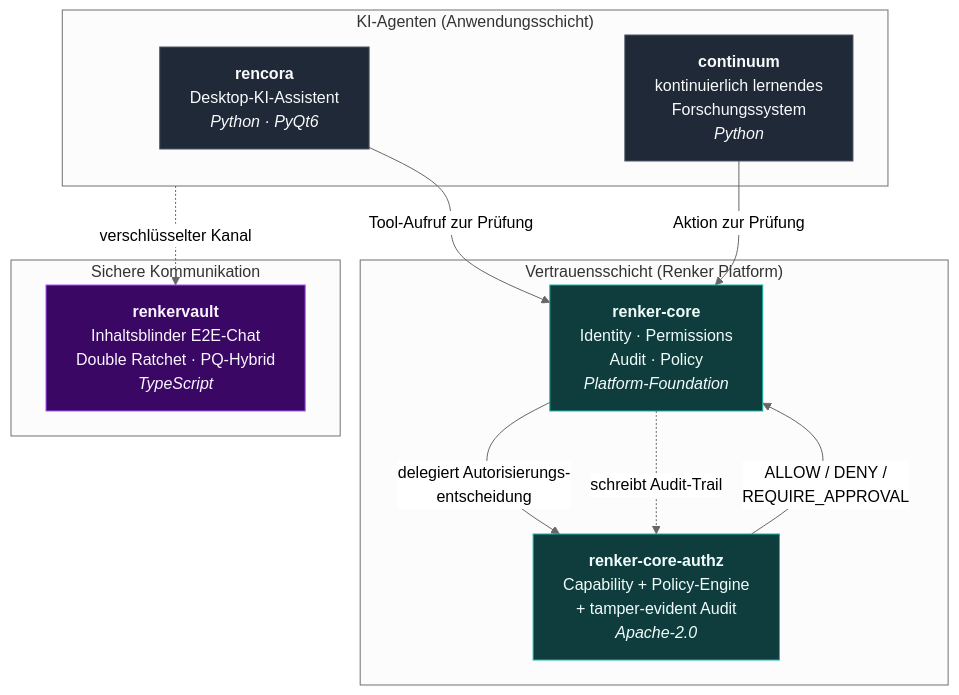
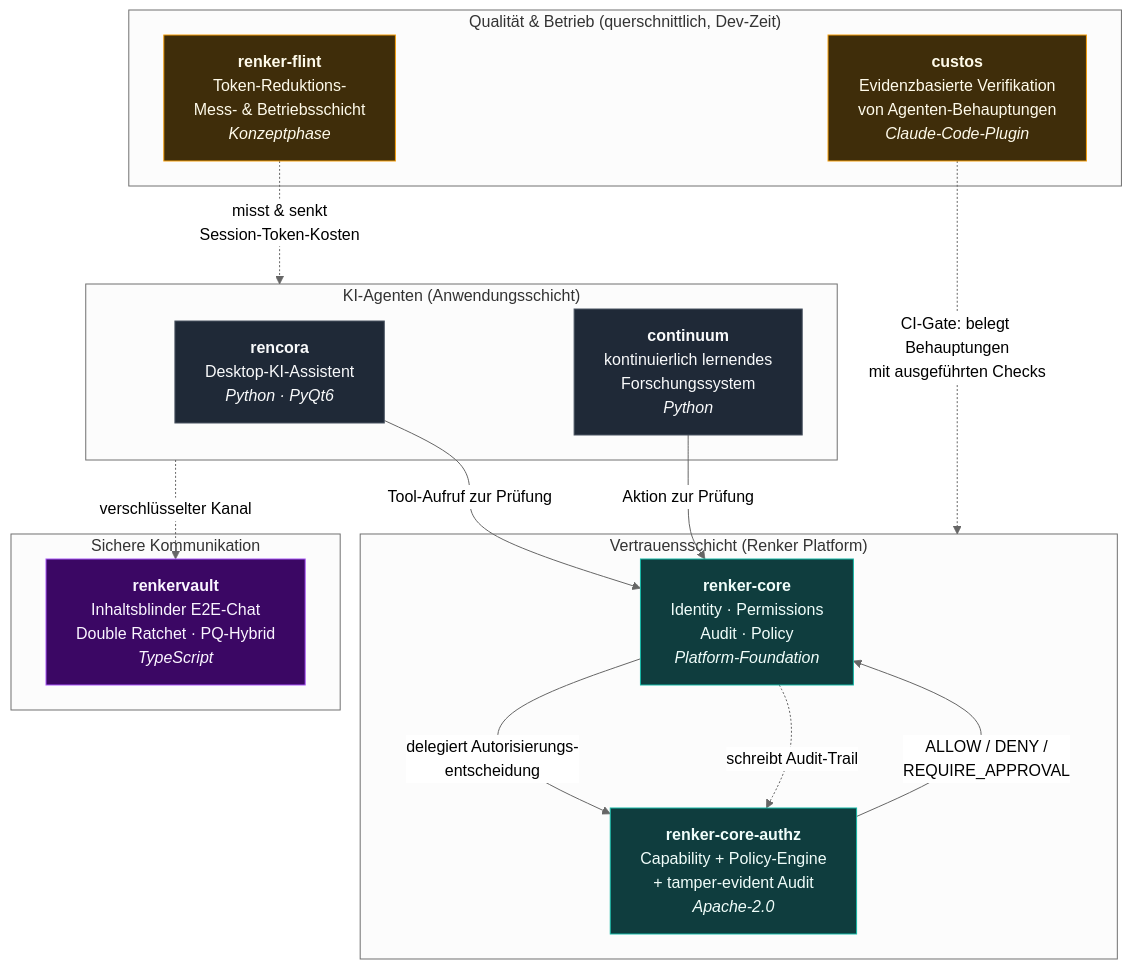
One commit to sebastianrenker/sebastianrenker changed the diagram in README.md. Above: the diagram before and after it, drawn with Mermaid (neutral theme). The commit also changed other lines of this file and 2 other files, not shown here.

First line of the commit message:
docs: integrate custos + renker-flint into portfolio

````diff
--- a/README.md
+++ b/README.md
@@ -39,30 +39,39 @@
 ```mermaid
 flowchart TB
     subgraph agents["KI-Agenten (Anwendungsschicht)"]
         rencora["<b>rencora</b><br/>Desktop-KI-Assistent<br/><i>Python · PyQt6</i>"]
         continuum["<b>continuum</b><br/>kontinuierlich lernendes<br/>Forschungssystem<br/><i>Python</i>"]
     end
 
     subgraph trust["Vertrauensschicht (Renker Platform)"]
         core["<b>renker-core</b><br/>Identity · Permissions<br/>Audit · Policy<br/><i>Platform-Foundation</i>"]
         authz["<b>renker-core-authz</b><br/>Capability + Policy-Engine<br/>+ tamper-evident Audit<br/><i>Apache-2.0</i>"]
     end
 
     subgraph comms["Sichere Kommunikation"]
         vault["<b>renkervault</b><br/>Inhaltsblinder E2E-Chat<br/>Double Ratchet · PQ-Hybrid<br/><i>TypeScript</i>"]
     end
 
+    subgraph ops["Qualität &amp; Betrieb (querschnittlich, Dev-Zeit)"]
+        custos["<b>custos</b><br/>Evidenzbasierte Verifikation<br/>von Agenten-Behauptungen<br/><i>Claude-Code-Plugin</i>"]
+        flint["<b>renker-flint</b><br/>Token-Reduktions-<br/>Mess- &amp; Betriebsschicht<br/><i>Konzeptphase</i>"]
+    end
+
     rencora -->|"Tool-Aufruf zur Prüfung"| core
     continuum -->|"Aktion zur Prüfung"| core
     core -->|"delegiert Autorisierungs-<br/>entscheidung"| authz
     authz -->|"ALLOW / DENY /<br/>REQUIRE_APPROVAL"| core
     core -.->|"schreibt Audit-Trail"| authz
     agents -.->|"verschlüsselter Kanal"| vault
+    custos -.->|"CI-Gate: belegt Behauptungen<br/>mit ausgeführten Checks"| trust
+    flint -.->|"misst &amp; senkt<br/>Session-Token-Kosten"| agents
 
     classDef agent fill:#1f2937,stroke:#4b5563,color:#f9fafb;
     classDef trustnode fill:#0f3d3e,stroke:#14b8a6,color:#f0fdfa;
     classDef commsnode fill:#3b0764,stroke:#a855f7,color:#faf5ff;
+    classDef opsnode fill:#3f2d0a,stroke:#f59e0b,color:#fffbeb;
     class rencora,continuum agent;
     class core,authz trustnode;
     class vault commsnode;
+    class custos,flint opsnode;
 ```
````
